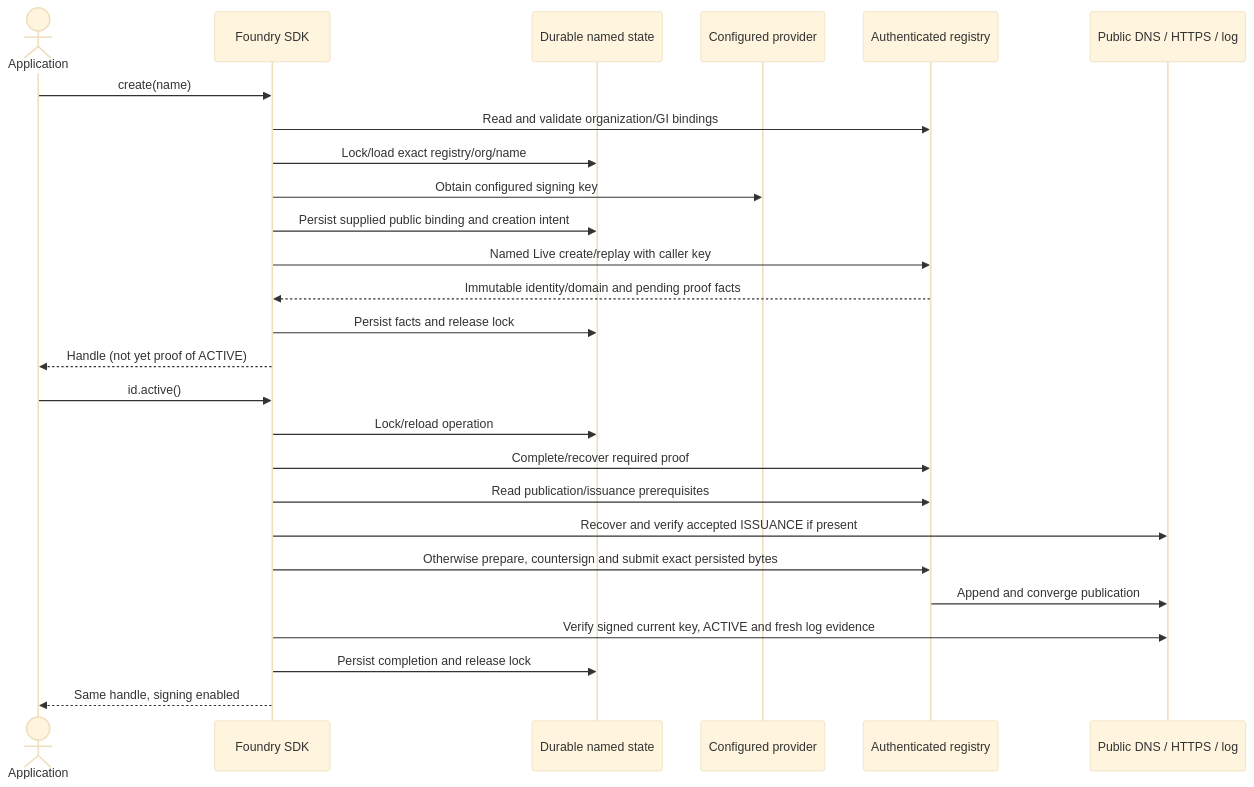
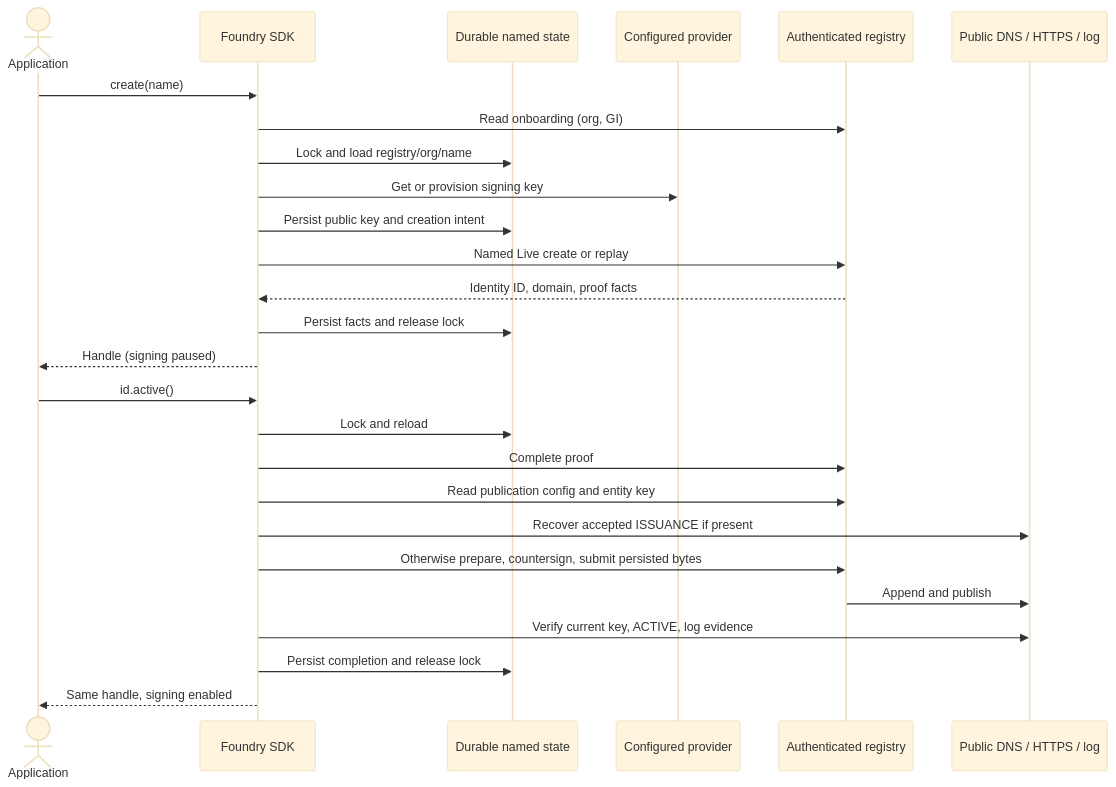
One commit to dnsid-ai/dnsid-sdk-compliance changed the diagram in docs/managed-registration-server-requirements.md. Above: the diagram before and after it, drawn with Mermaid (base theme). The commit also changed other lines of this file and 7 other files, not shown here.

````diff
--- a/docs/managed-registration-server-requirements.md
+++ b/docs/managed-registration-server-requirements.md
@@ -33,29 +27,29 @@
 ```mermaid
 sequenceDiagram
     actor App as Application
     participant SDK as Foundry SDK
     participant State as Durable named state
     participant Keys as Configured provider
     participant Registry as Authenticated registry
     participant Public as Public DNS / HTTPS / log
 
     App->>SDK: create(name)
-    SDK->>Registry: Read and validate organization/GI bindings
-    SDK->>State: Lock/load exact registry/org/name
-    SDK->>Keys: Obtain configured signing key
-    SDK->>State: Persist supplied public binding and creation intent
-    SDK->>Registry: Named Live create/replay with caller key
-    Registry-->>SDK: Immutable identity/domain and pending proof facts
+    SDK->>Registry: Read onboarding (org, GI)
+    SDK->>State: Lock and load registry/org/name
+    SDK->>Keys: Get or provision signing key
+    SDK->>State: Persist public key and creation intent
+    SDK->>Registry: Named Live create or replay
+    Registry-->>SDK: Identity ID, domain, proof facts
     SDK->>State: Persist facts and release lock
-    SDK-->>App: Handle (not yet proof of ACTIVE)
+    SDK-->>App: Handle (signing paused)
     App->>SDK: id.active()
-    SDK->>State: Lock/reload operation
-    SDK->>Registry: Complete/recover required proof
-    SDK->>Registry: Read publication/issuance prerequisites
-    SDK->>Public: Recover and verify accepted ISSUANCE if present
-    SDK->>Registry: Otherwise prepare, countersign and submit exact persisted bytes
-    Registry->>Public: Append and converge publication
-    SDK->>Public: Verify signed current key, ACTIVE and fresh log evidence
+    SDK->>State: Lock and reload
+    SDK->>Registry: Complete proof
+    SDK->>Registry: Read publication config and entity key
+    SDK->>Public: Recover accepted ISSUANCE if present
+    SDK->>Registry: Otherwise prepare, countersign, submit persisted bytes
+    Registry->>Public: Append and publish
+    SDK->>Public: Verify current key, ACTIVE, log evidence
     SDK->>State: Persist completion and release lock
     SDK-->>App: Same handle, signing enabled
 ```
````
